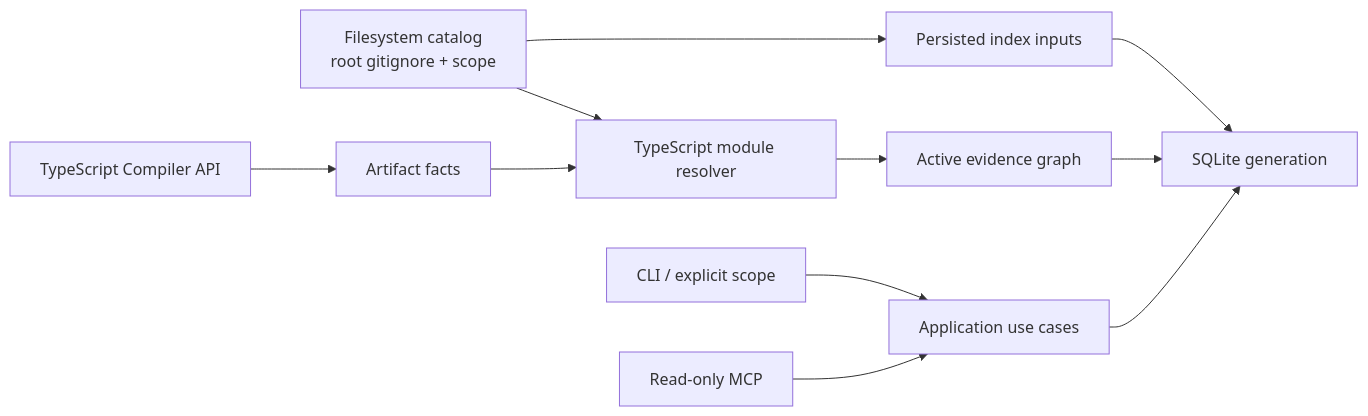
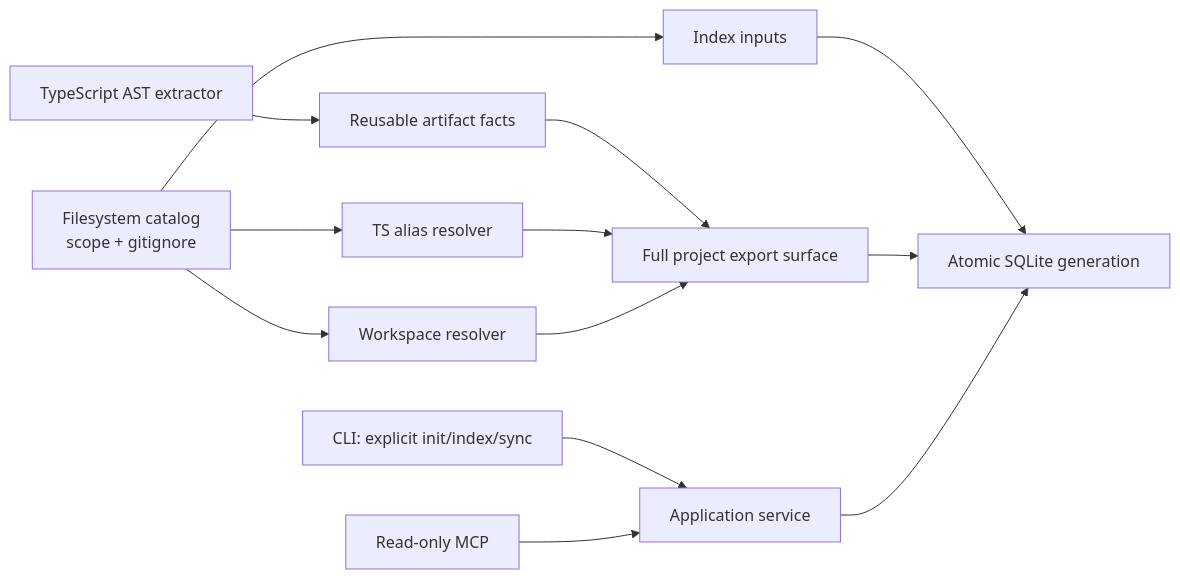
Before and after one commit to HsinPu/SymbolLattice: the diagram in README.md, drawn with Mermaid. The commit also changed other lines of this file and 26 other files, not shown here.

````diff
--- a/README.md
+++ b/README.md
@@ -175,13 +208,15 @@
 ```mermaid
 flowchart LR
-  CLI["CLI / explicit scope"] --> UseCases["Application use cases"]
-  MCP["Read-only MCP"] --> UseCases
-  Catalog["Filesystem catalog\nroot gitignore + scope"] --> Inputs["Persisted index inputs"]
-  Catalog --> Resolver["TypeScript module resolver"]
-  Extractor["TypeScript Compiler API"] --> Facts["Artifact facts"]
-  Facts --> Resolver
-  Resolver --> Graph["Active evidence graph"]
-  Inputs --> SQLite["SQLite generation"]
-  Graph --> SQLite
-  UseCases --> SQLite
+  CLI["CLI: explicit init/index/sync"] --> App["Application service"]
+  MCP["Read-only MCP"] --> App
+  Catalog["Filesystem catalog\nscope + gitignore"] --> Inputs["Index inputs"]
+  Catalog --> TS["TS alias resolver"]
+  Catalog --> WS["Workspace resolver"]
+  Extractor["TypeScript AST extractor"] --> Facts["Reusable artifact facts"]
+  Facts --> Resolver["Full project export surface"]
+  TS --> Resolver
+  WS --> Resolver
+  Inputs --> SQLite["Atomic SQLite generation"]
+  Resolver --> SQLite
+  App --> SQLite
 ```
````
